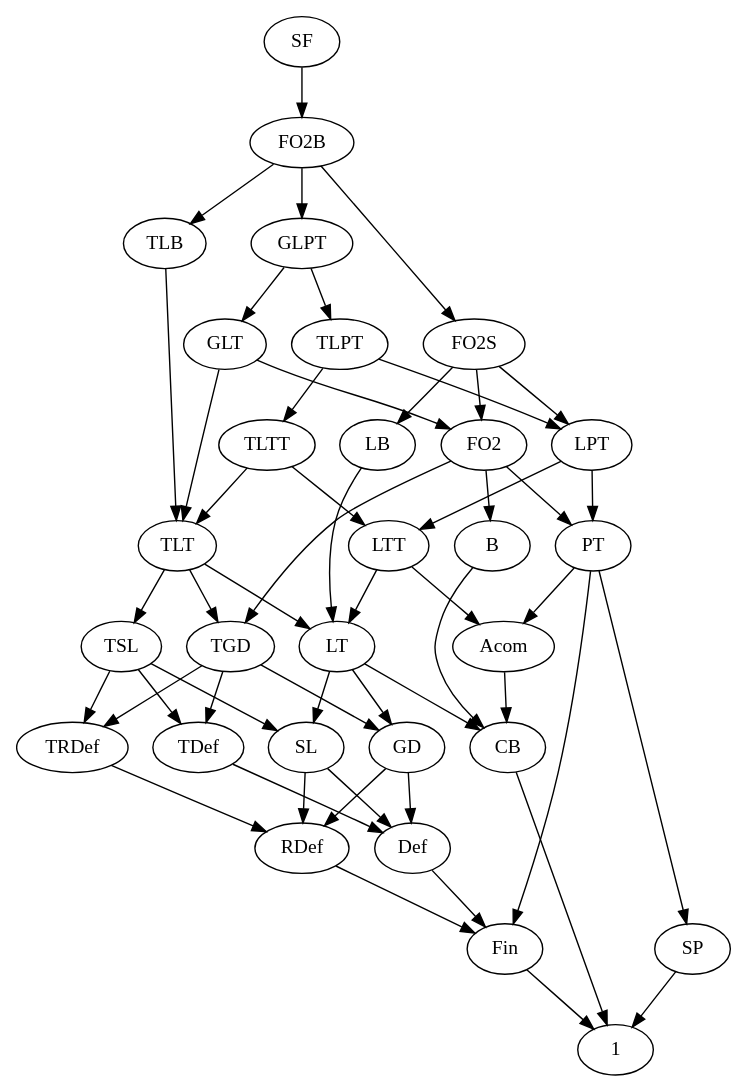
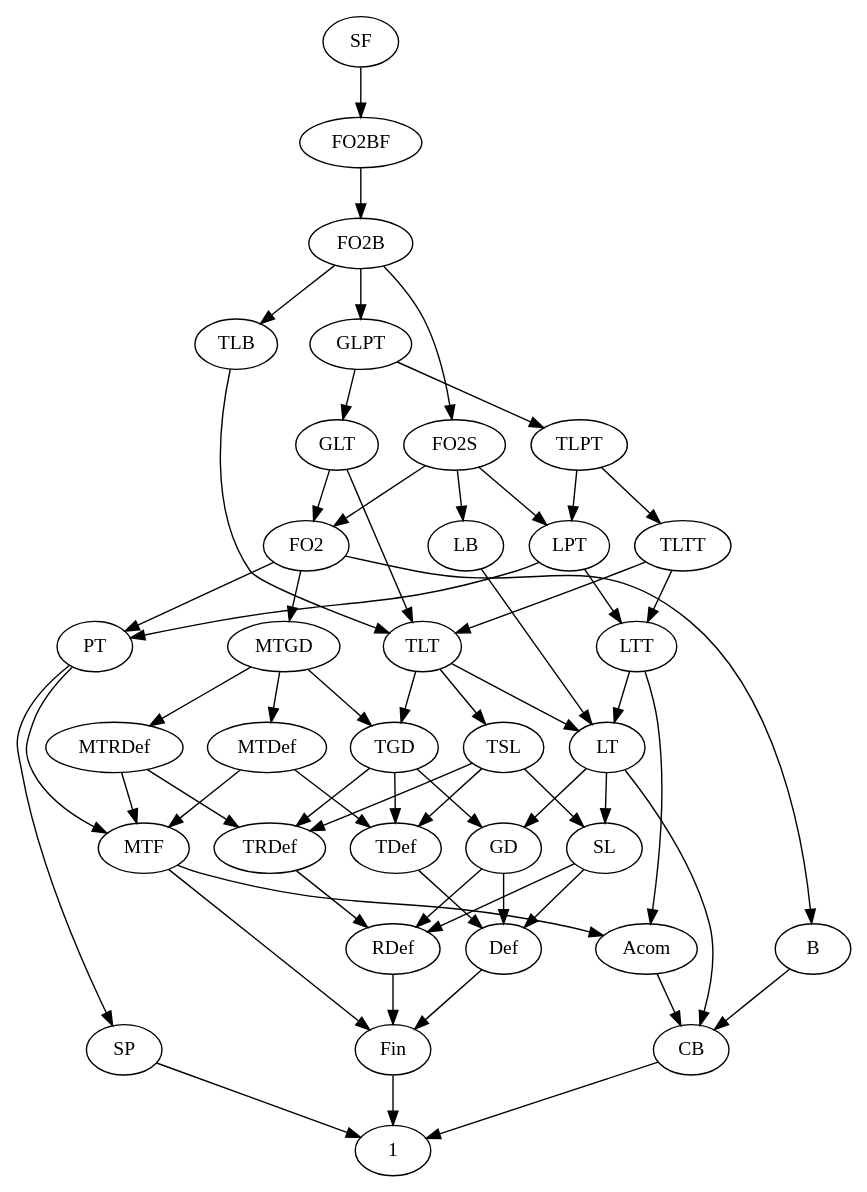
The diagram in hierarchy.dot (vvulpes0/Language-Toolkit-2), drawn with Graphviz before and after one commit. The commit also changed 5 other files, not shown here.

```diff
--- a/hierarchy.dot
+++ b/hierarchy.dot
@@ -1,55 +1,64 @@
 digraph subreg {
-SF -> FO2B;
+SF -> FO2BF;
+FO2BF -> FO2B;
 FO2B -> FO2S;
 FO2S -> FO2;
 FO2 -> PT;
 FO2 -> B;
 B -> CB;
 PT -> SP;
 LTT -> LT;
 LT -> SL;
 TLTT -> LTT;
 TLTT -> TLT;
 TLT -> LT;
 TLT -> TSL;
 TSL -> SL;
 FO2B -> GLPT;
 FO2B -> TLB;
 TLB -> TLT;
 GLPT -> GLT;
 GLT -> TLT;
 GLT -> FO2;
 FO2S -> LPT;
 FO2S -> LB;
 LB -> LT;
 LPT -> LTT;
 LPT -> PT;
 GLPT -> TLPT;
 TLPT -> TLTT;
 TLPT -> LPT;
 TLT -> TGD;
-FO2 -> TGD;
+FO2 -> MTGD;
 LT -> GD;
+MTGD -> TGD;
+MTGD -> MTDef;
+MTGD -> MTRDef;
+MTDef -> MTF;
+MTDef -> TDef;
+MTRDef -> MTF;
+MTRDef -> TRDef;
 TGD -> GD;
-PT -> Acom;
+PT -> MTF;
+MTF -> Acom;
 LTT -> Acom;
 Acom -> CB;
-PT -> Fin;
+MTF -> Fin;
 LT -> CB;
 CB -> 1;
 Fin -> 1;
 SP -> 1;
 
 TGD -> TDef;
 TGD -> TRDef;
 GD -> Def;
 GD -> RDef;
 SL -> Def;
 SL -> RDef;
 Def -> Fin;
 RDef -> Fin;
 TSL -> TDef;
 TSL -> TRDef;
 TDef -> Def;
 TRDef -> RDef;
 }
```
